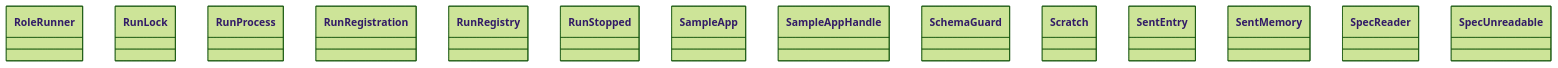
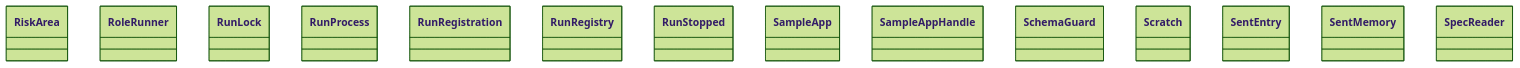
One commit to GonzaloZevallos/agentic-system changed the diagram in docs/architecture/generated/classes-process-application-support-5.md. Above: the diagram before and after it, drawn with Mermaid (forest theme). The commit also changed 8 other files, not shown here.

Commit message:
Regenerate the architecture and CLI reference pages

````diff
--- a/docs/architecture/generated/classes-process-application-support-5.md
+++ b/docs/architecture/generated/classes-process-application-support-5.md
@@ -19,17 +19,17 @@
 ```mermaid
 classDiagram
+    class ports__RiskArea["RiskArea"]
     class ports__RoleRunner["RoleRunner"]
     class ports__RunLock["RunLock"]
     class ports__RunProcess["RunProcess"]
     class ports__RunRegistration["RunRegistration"]
     class ports__RunRegistry["RunRegistry"]
     class ports__RunStopped["RunStopped"]
     class ports__SampleApp["SampleApp"]
     class ports__SampleAppHandle["SampleAppHandle"]
     class ports__SchemaGuard["SchemaGuard"]
     class ports__Scratch["Scratch"]
     class ports__SentEntry["SentEntry"]
     class ports__SentMemory["SentMemory"]
     class ports__SpecReader["SpecReader"]
-    class ports__SpecUnreadable["SpecUnreadable"]
 ```
````
